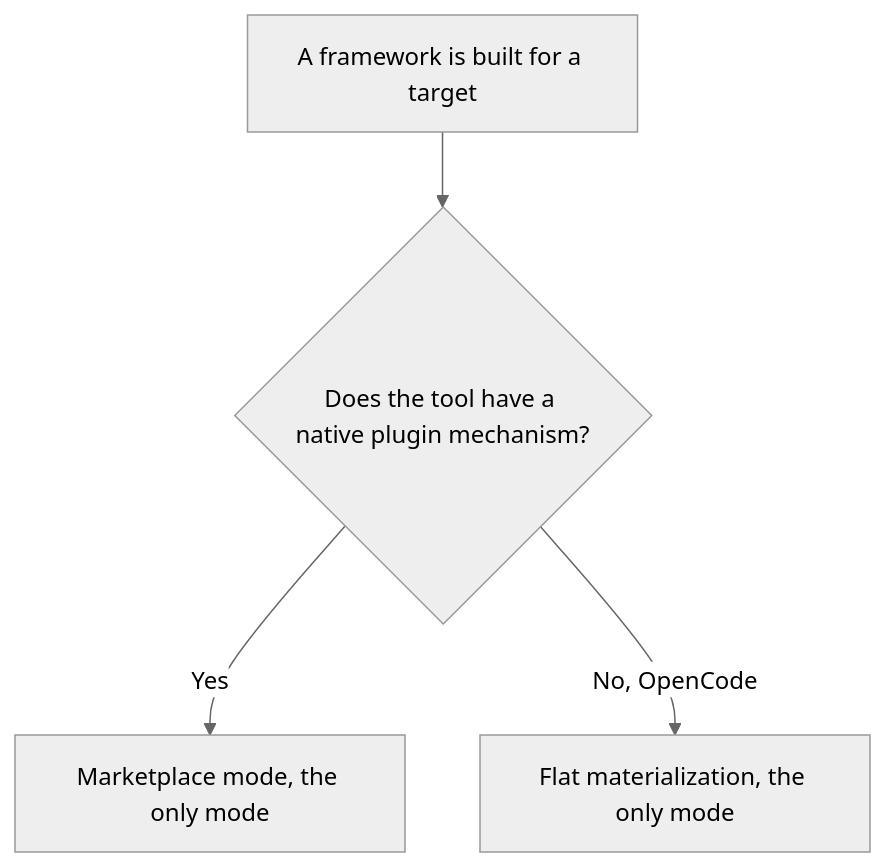
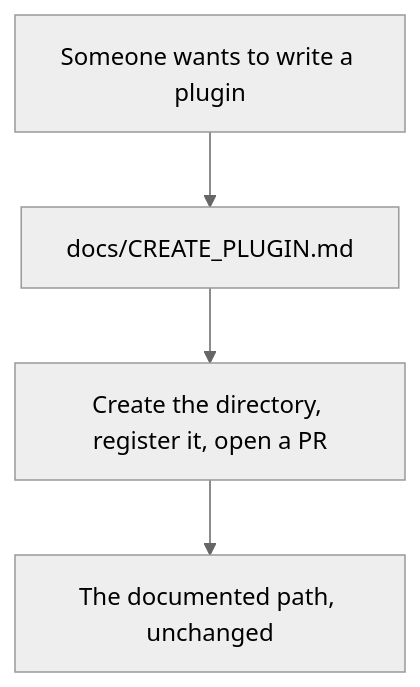
The first of 2 diagrams in cli/aidd_docs/tasks/2026_08/2026_08_20_refactor-contextes-cli/phase-4.md (ai-driven-dev/aidd-framework), drawn with Mermaid (neutral theme) before and after one commit. The commit also changed other lines of this file and 19 other files, not shown here.

````diff
--- a/cli/aidd_docs/tasks/2026_08/2026_08_20_refactor-contextes-cli/phase-4.md
+++ b/cli/aidd_docs/tasks/2026_08/2026_08_20_refactor-contextes-cli/phase-4.md
@@ -35,6 +32,6 @@
 ```mermaid
 flowchart TD
-  A[A framework is built for a target] --> B{Does the tool have a native plugin mechanism?}
-  B -->|Yes| C[Marketplace mode, the only mode]
-  B -->|No, OpenCode| D[Flat materialization, the only mode]
+  A[Someone wants to write a plugin] --> B[docs/CREATE_PLUGIN.md]
+  B --> C[Create the directory, register it, open a PR]
+  C --> D[The documented path, unchanged]
 ```
````
